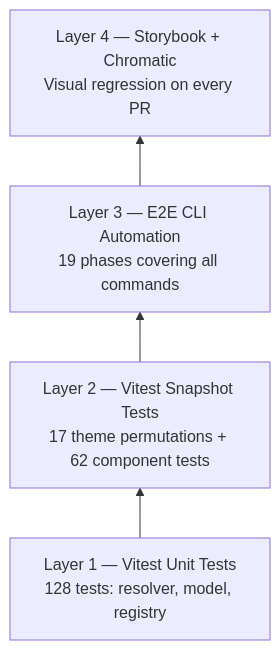
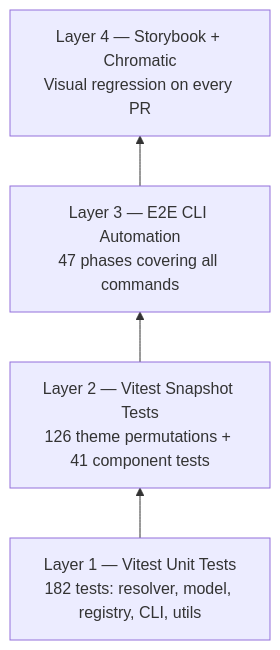
One commit to Naveen2070/project_crucible changed diagram 11 of 12 in ARCHITECTURE.md. Above: the diagram before and after it, drawn with Mermaid. The commit also changed other lines of this file and 33 other files, not shown here.

First line of the commit message:
feat(label): add Label component with templates, tokens, and tests

````diff
--- a/ARCHITECTURE.md
+++ b/ARCHITECTURE.md
@@ -1156,8 +1156,8 @@
 ```mermaid
 graph BT
-    L1["Layer 1 — Vitest Unit Tests<br/>128 tests: resolver, model, registry"]
-    L2["Layer 2 — Vitest Snapshot Tests<br/>17 theme permutations + 62 component tests"]
-    L3["Layer 3 — E2E CLI Automation<br/>19 phases covering all commands"]
+    L1["Layer 1 — Vitest Unit Tests<br/>182 tests: resolver, model, registry, CLI, utils"]
+    L2["Layer 2 — Vitest Snapshot Tests<br/>126 theme permutations + 41 component tests"]
+    L3["Layer 3 — E2E CLI Automation<br/>47 phases covering all commands"]
     L4["Layer 4 — Storybook + Chromatic<br/>Visual regression on every PR"]
     L1 --> L2 --> L3 --> L4
 ```
````
